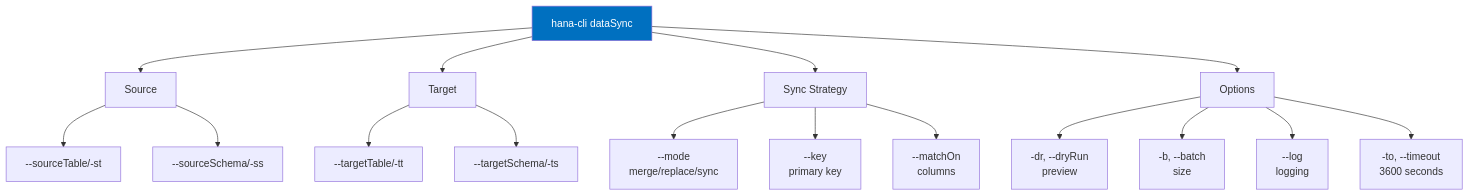
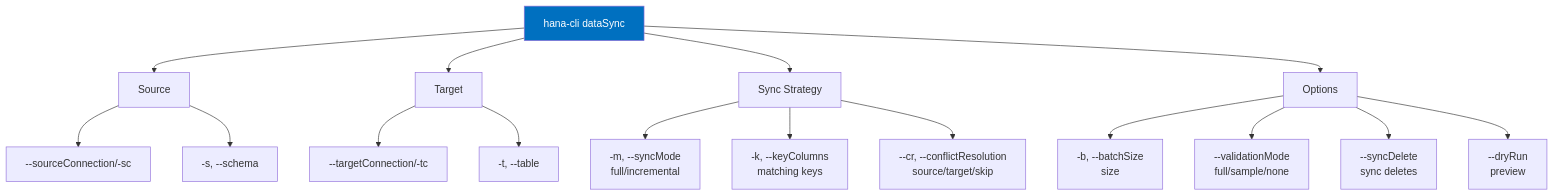
The sixth of 26 diagrams in docs/99-reference/command-reference.md (SAP-samples/hana-developer-cli-tool-example), drawn with Mermaid before and after one commit. The commit also changed other lines of this file and 10 other files, not shown here.

````diff
--- a/docs/99-reference/command-reference.md
+++ b/docs/99-reference/command-reference.md
@@ -236,23 +243,23 @@
 ```mermaid
 graph TD
     A["hana-cli dataSync"] --> B["Source"]
-    B --> B1["--sourceTable/-st"]
-    B --> B2["--sourceSchema/-ss"]
+    B --> B1["--sourceConnection/-sc"]
+    B --> B2["-s, --schema"]
     
     A --> C["Target"]
-    C --> C1["--targetTable/-tt"]
-    C --> C2["--targetSchema/-ts"]
+    C --> C1["--targetConnection/-tc"]
+    C --> C2["-t, --table"]
     
     A --> D["Sync Strategy"]
-    D --> D1["--mode<br/>merge/replace/sync"]
-    D --> D2["--key<br/>primary key"]
-    D --> D3["--matchOn<br/>columns"]
+    D --> D1["-m, --syncMode<br/>full/incremental"]
+    D --> D2["-k, --keyColumns<br/>matching keys"]
+    D --> D3["--cr, --conflictResolution<br/>source/target/skip"]
     
     A --> E["Options"]
-    E --> E1["-dr, --dryRun<br/>preview"]
-    E --> E2["-b, --batch<br/>size"]
-    E --> E3["--log<br/>logging"]
-    E --> E4["-to, --timeout<br/>3600 seconds"]
+    E --> E1["-b, --batchSize<br/>size"]
+    E --> E2["--validationMode<br/>full/sample/none"]
+    E --> E3["--syncDelete<br/>sync deletes"]
+    E --> E4["--dryRun<br/>preview"]
     
     style A fill:#0070C0,color:#fff
 ```
````
